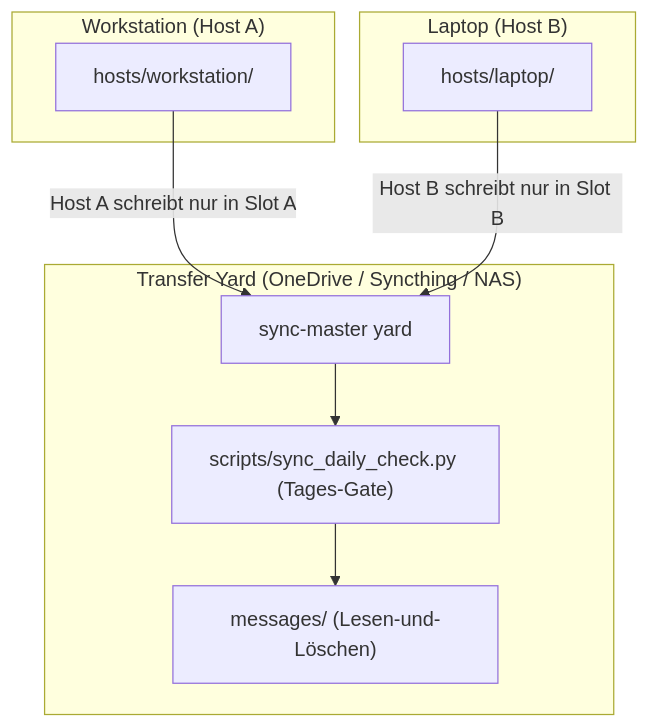
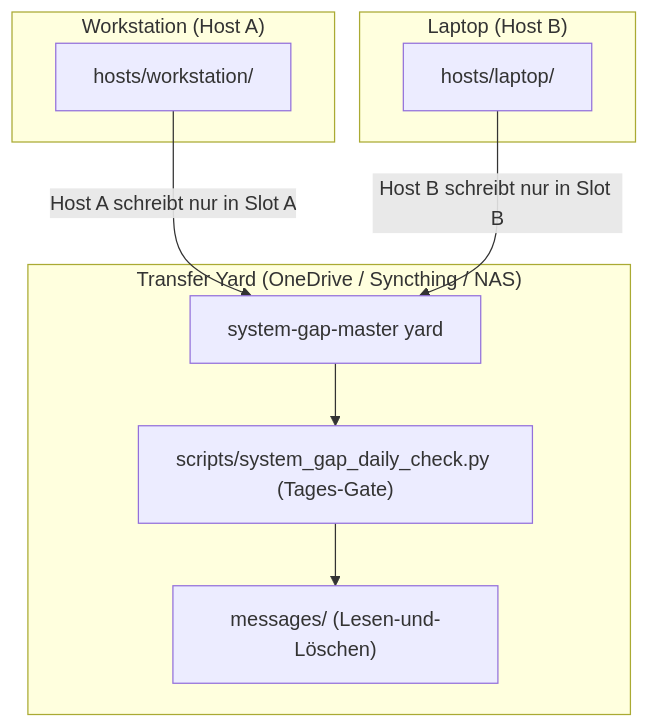
Before and after one commit to ellmos-ai/system-gap-master: the diagram in README_de.md, drawn with Mermaid. The commit also changed other lines of this file and 16 other files, not shown here.

Commit message:
refactor!: rename sync-master to system-gap-master

````diff
--- a/README_de.md
+++ b/README_de.md
@@ -21,15 +21,15 @@
 ```mermaid
 flowchart TD
     subgraph HostA["Workstation (Host A)"]
         SlotA["hosts/workstation/"]
     end
     subgraph HostB["Laptop (Host B)"]
         SlotB["hosts/laptop/"]
     end
     subgraph SyncYard["Transfer Yard (OneDrive / Syncthing / NAS)"]
-        SlotA -->|Host A schreibt nur in Slot A| YardStorage["sync-master yard"]
+        SlotA -->|Host A schreibt nur in Slot A| YardStorage["system-gap-master yard"]
         SlotB -->|Host B schreibt nur in Slot B| YardStorage
-        YardStorage --> GateScript["scripts/sync_daily_check.py (Tages-Gate)"]
+        YardStorage --> GateScript["scripts/system_gap_daily_check.py (Tages-Gate)"]
         GateScript --> MsgChannel["messages/ (Lesen-und-Löschen)"]
     end
 ```
````
